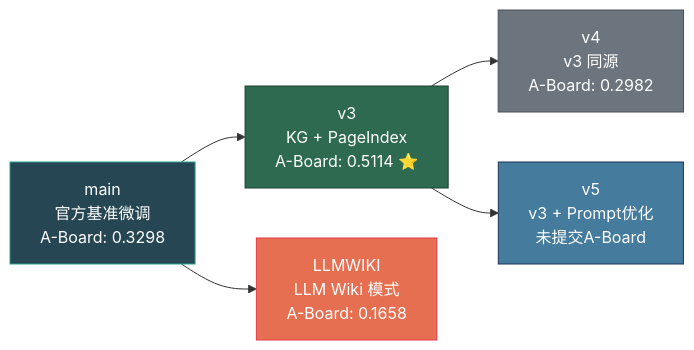
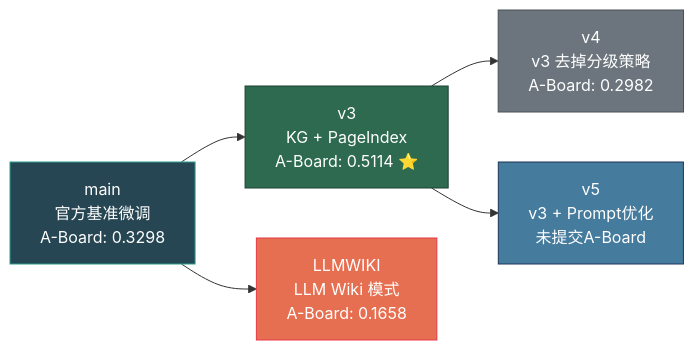
One commit to cw-jlu/Your-Data-Assistant changed the diagram in Phase1_Report.md. Above: the diagram before and after it, drawn with Mermaid. The commit also changed other lines of this file and 1 other file, not shown here.

````diff
--- a/Phase1_Report.md
+++ b/Phase1_Report.md
@@ -63,19 +63,19 @@
 ```mermaid
 graph LR
     main["main<br/>官方基准微调<br/>A-Board: 0.3298"]
     v3["v3<br/>KG + PageIndex<br/>A-Board: 0.5114 ⭐"]
-    v4["v4<br/>v3 同源<br/>A-Board: 0.2982"]
+    v4["v4<br/>v3 去掉分级策略<br/>A-Board: 0.2982"]
     v5["v5<br/>v3 + Prompt优化<br/>未提交A-Board"]
     LLMWIKI["LLMWIKI<br/>LLM Wiki 模式<br/>A-Board: 0.1658"]
     
     main --> v3
     v3 --> v4
     v3 --> v5
     main --> LLMWIKI
     
     style v3 fill:#2d6a4f,stroke:#1b4332,color:#fff
     style main fill:#264653,stroke:#2a9d8f,color:#fff
     style v4 fill:#6c757d,stroke:#495057,color:#fff
     style v5 fill:#457b9d,stroke:#1d3557,color:#fff
     style LLMWIKI fill:#e76f51,stroke:#e63946,color:#fff
 ```
````
